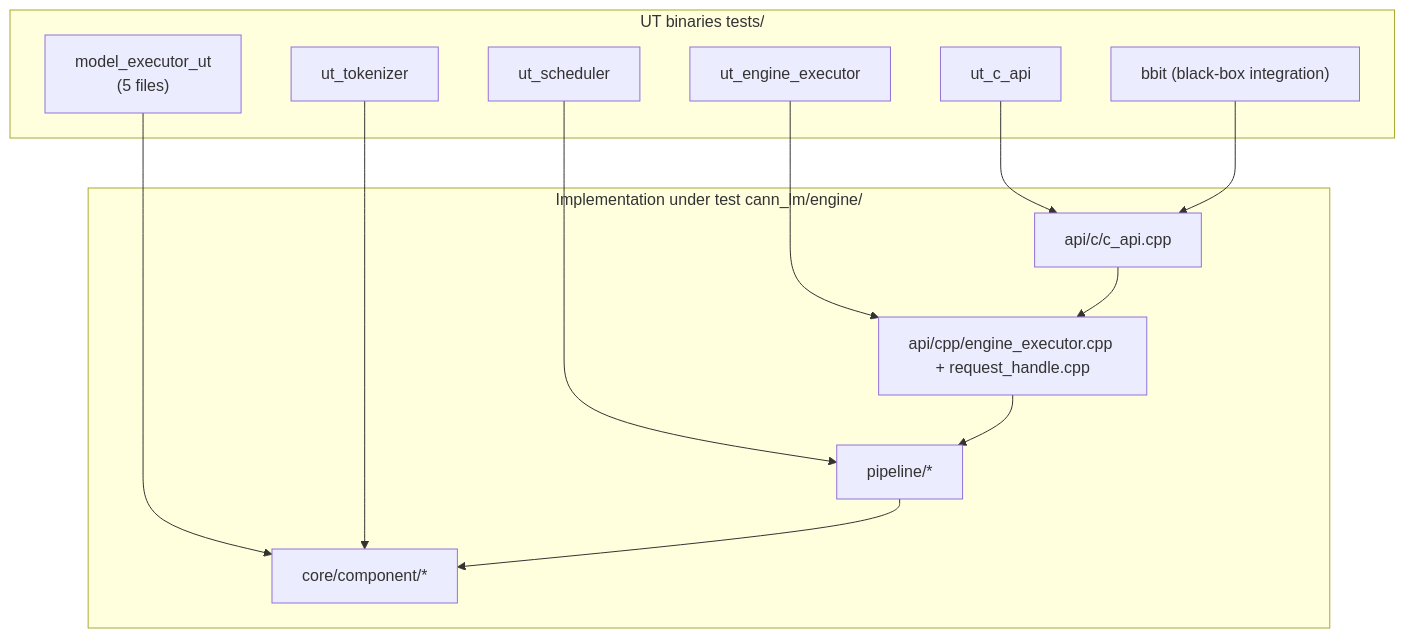
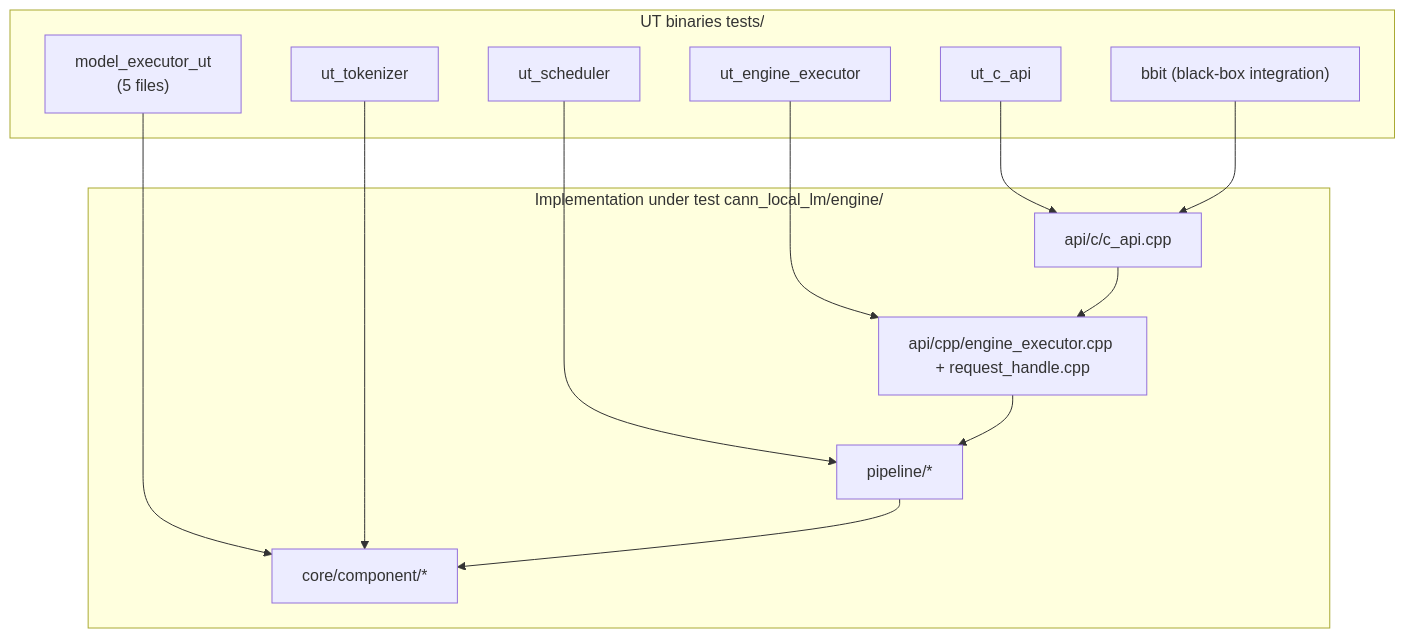
Before and after one commit to hicann/cann-local-lm: the diagram in docs/en/cann_lm_engine/ut/DESIGN.md, drawn with Mermaid. The commit also changed other lines of this file and 627 other files, not shown here.

````diff
--- a/docs/en/cann_lm_engine/ut/DESIGN.md
+++ b/docs/en/cann_lm_engine/ut/DESIGN.md
@@ -35,29 +35,29 @@
 ```mermaid
 graph TD
-    subgraph "Implementation under test cann_lm/engine/"
+    subgraph "Implementation under test cann_local_lm/engine/"
         APIc["api/c/c_api.cpp"]
         APIcpp["api/cpp/engine_executor.cpp + request_handle.cpp"]
         PIPE["pipeline/*"]
         CORE["core/component/*"]
     end
 
     subgraph "UT binaries tests/"
         MEUT["model_executor_ut<br/>(5 files)"]
         EEUT["ut_engine_executor"]
         TKUT["ut_tokenizer"]
         CAUT["ut_c_api"]
         SCUT["ut_scheduler"]
         BBIT["bbit (black-box integration)"]
     end
 
     MEUT --> CORE
     EEUT --> APIcpp
     TKUT --> CORE
     CAUT --> APIc
     SCUT --> PIPE
     BBIT --> APIc
 
     APIc --> APIcpp
     APIcpp --> PIPE
     PIPE --> CORE
 ```
````
